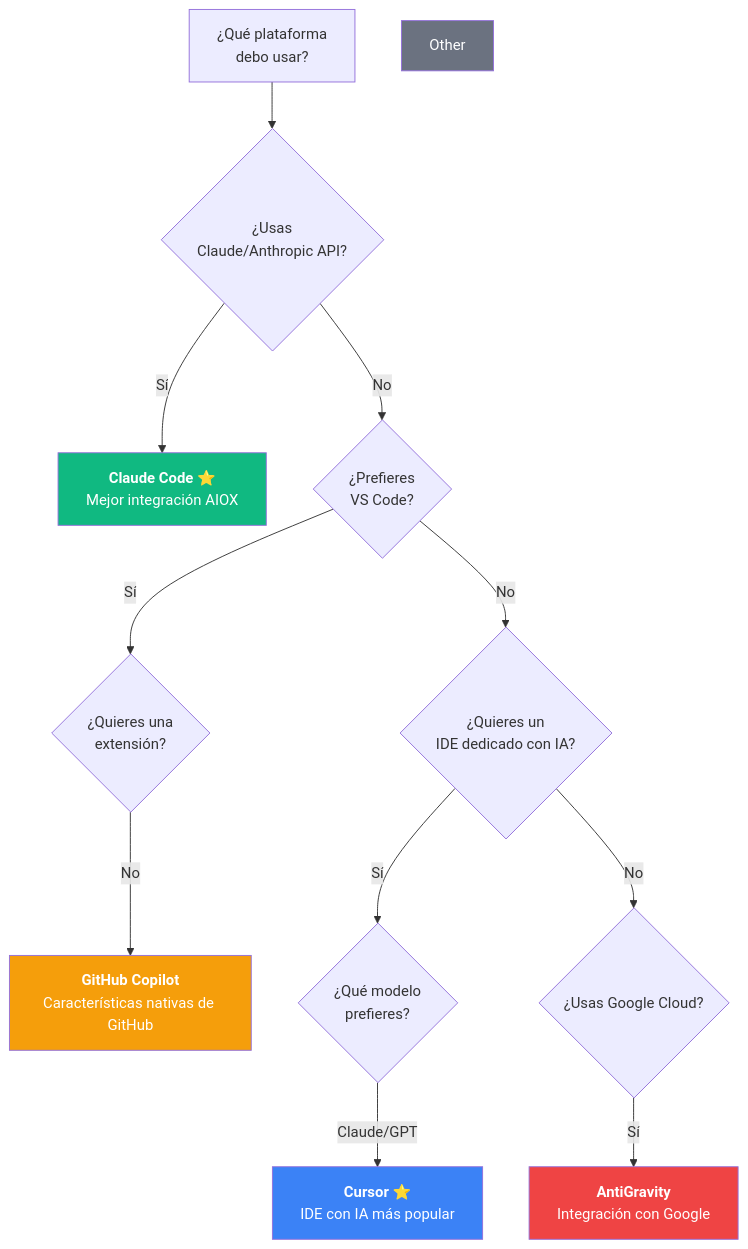
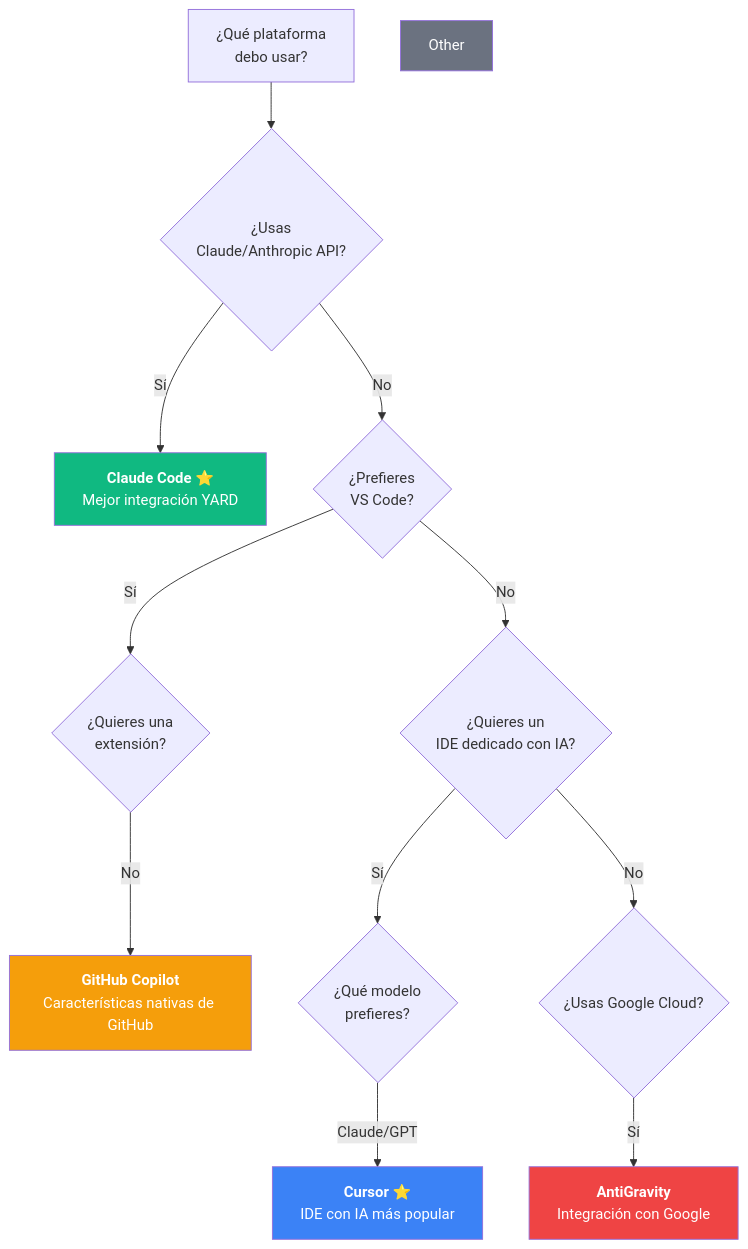
Before and after one commit to ernesto-langa/yard-core: the first of 3 diagrams in docs/es/platforms/README.md, drawn with Mermaid. The commit also changed other lines of this file and 529 other files, not shown here.

````diff
--- a/docs/es/platforms/README.md
+++ b/docs/es/platforms/README.md
@@ -30,23 +30,23 @@
 ```mermaid
 flowchart TD
     Start["¿Qué plataforma<br/>debo usar?"] --> Q1{"¿Usas<br/>Claude/Anthropic API?"}
 
-    Q1 -->|Sí| CC["<b>Claude Code</b> ⭐<br/>Mejor integración AIOX"]
+    Q1 -->|Sí| CC["<b>Claude Code</b> ⭐<br/>Mejor integración YARD"]
     Q1 -->|No| Q2{"¿Prefieres<br/>VS Code?"}
 
     Q2 -->|Sí| Q3{"¿Quieres una<br/>extensión?"}
     Q3 -->|No| Copilot["<b>GitHub Copilot</b><br/>Características nativas de GitHub"]
 
     Q2 -->|No| Q4{"¿Quieres un<br/>IDE dedicado con IA?"}
     Q4 -->|Sí| Q5{"¿Qué modelo<br/>prefieres?"}
     Q5 -->|Claude/GPT| Cursor["<b>Cursor</b> ⭐<br/>IDE con IA más popular"]
 
     Q4 -->|No| Q6{"¿Usas Google Cloud?"}
     Q6 -->|Sí| AG["<b>AntiGravity</b><br/>Integración con Google"]
 
     style CC fill:#10b981,color:#fff
     style Cursor fill:#3b82f6,color:#fff
     style Copilot fill:#f59e0b,color:#fff
     style AG fill:#ef4444,color:#fff
     style Other fill:#6b7280,color:#fff
 ```
````
